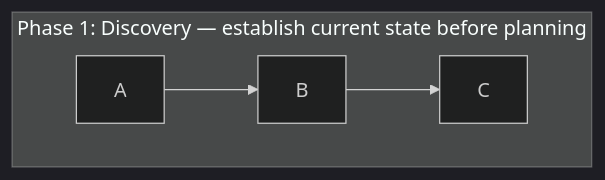
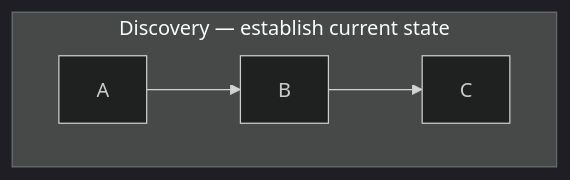
One commit to Jamie-BitFlight/claude_skills changed the fourth of 7 diagrams in plugins/process-siren/agents/process-siren.md. Above: the diagram before and after it, drawn with Mermaid (dark theme). The commit also changed other lines of this file and 6 other files, not shown here.

````diff
--- a/plugins/process-siren/agents/process-siren.md
+++ b/plugins/process-siren/agents/process-siren.md
@@ -119,6 +110,6 @@
 ```mermaid
 flowchart TD
-    subgraph Phase1["Phase 1: Discovery — establish current state before planning"]
+    subgraph Discovery["Discovery — establish current state"]
         A --> B --> C
     end
 ```
````
